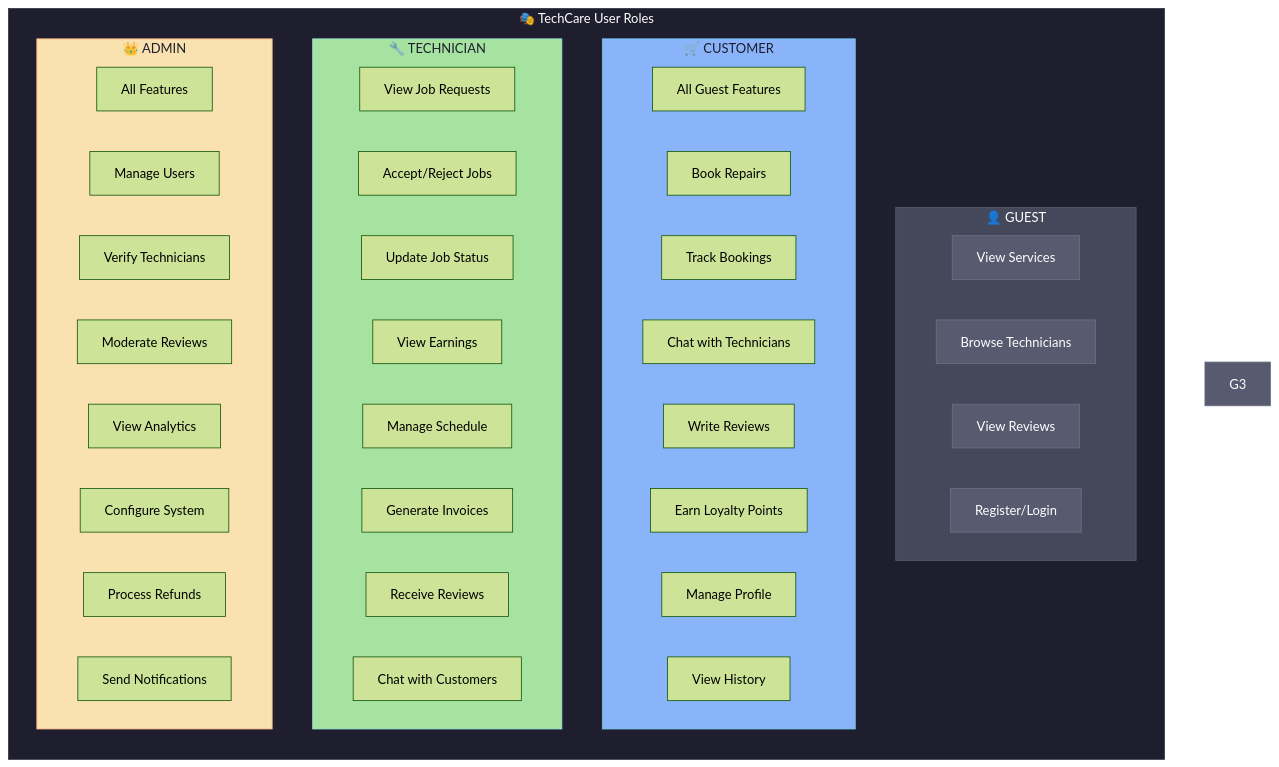
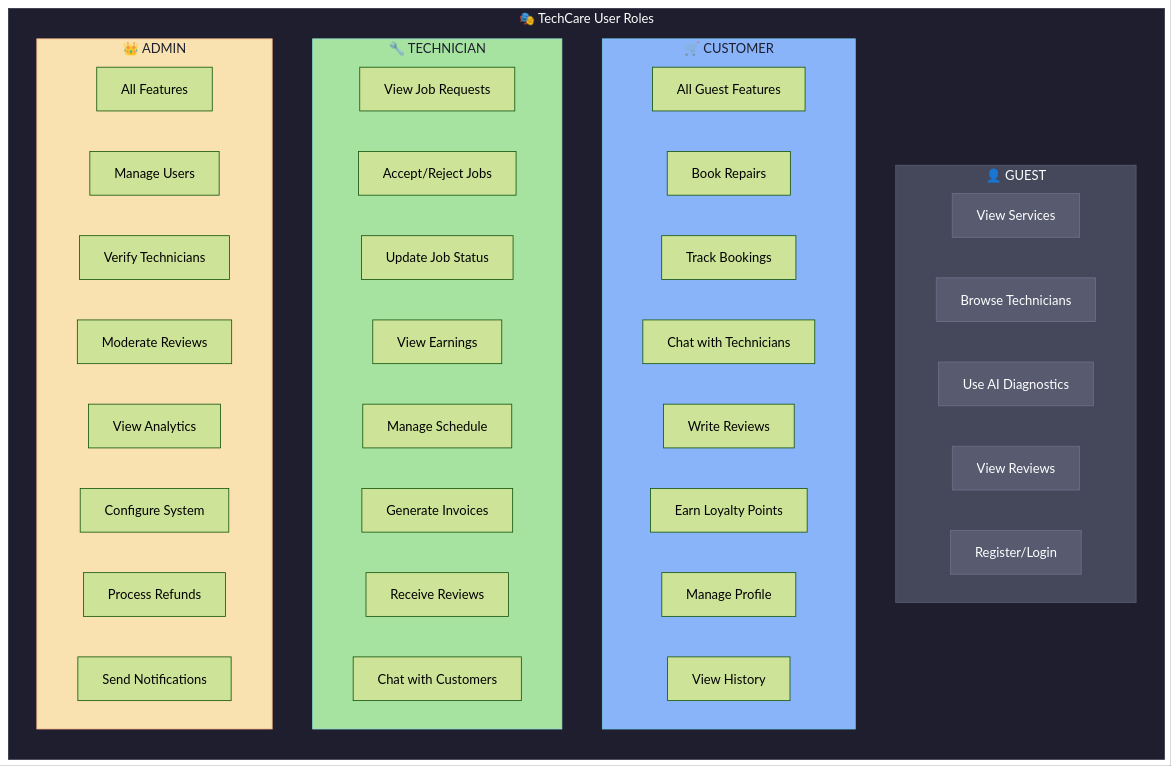
One commit to Irchika774/Tech-Care_official changed the eighth of 13 diagrams in README.md. Above: the diagram before and after it, drawn with Mermaid (forest theme). The commit also changed other lines of this file and 5 other files, not shown here.

````diff
--- a/README.md
+++ b/README.md
@@ -647,57 +431,58 @@
 ```mermaid
 flowchart TB
     subgraph Roles["🎭 TechCare User Roles"]
         direction TB
         
         subgraph GuestRole["👤 GUEST"]
             G1["View Services"]
             G2["Browse Technicians"]
+            G3["Use AI Diagnostics"]
             G4["View Reviews"]
             G5["Register/Login"]
         end
         
         subgraph CustomerRole["🛒 CUSTOMER"]
             C1["All Guest Features"]
             C2["Book Repairs"]
             C3["Track Bookings"]
             C4["Chat with Technicians"]
             C5["Write Reviews"]
             C6["Earn Loyalty Points"]
             C7["Manage Profile"]
             C8["View History"]
         end
         
         subgraph TechnicianRole["🔧 TECHNICIAN"]
             T1["View Job Requests"]
             T2["Accept/Reject Jobs"]
             T3["Update Job Status"]
             T4["View Earnings"]
             T5["Manage Schedule"]
             T6["Generate Invoices"]
             T7["Receive Reviews"]
             T8["Chat with Customers"]
         end
         
         subgraph AdminRole["👑 ADMIN"]
             A1["All Features"]
             A2["Manage Users"]
             A3["Verify Technicians"]
             A4["Moderate Reviews"]
             A5["View Analytics"]
             A6["Configure System"]
             A7["Process Refunds"]
             A8["Send Notifications"]
         end
     end
     
     style Roles fill:#1e1e2e,stroke:#313244,color:#fff
     style GuestRole fill:#45475a,stroke:#585b70,color:#fff
     style CustomerRole fill:#89b4fa,stroke:#74c7ec,color:#1e1e2e
     style TechnicianRole fill:#a6e3a1,stroke:#94e2d5,color:#1e1e2e
     style AdminRole fill:#f9e2af,stroke:#fab387,color:#1e1e2e
     style G1 fill:#585b70,stroke:#6c7086,color:#fff
     style G2 fill:#585b70,stroke:#6c7086,color:#fff
     style G3 fill:#585b70,stroke:#6c7086,color:#fff
     style G4 fill:#585b70,stroke:#6c7086,color:#fff
     style G5 fill:#585b70,stroke:#6c7086,color:#fff
 ```
````
